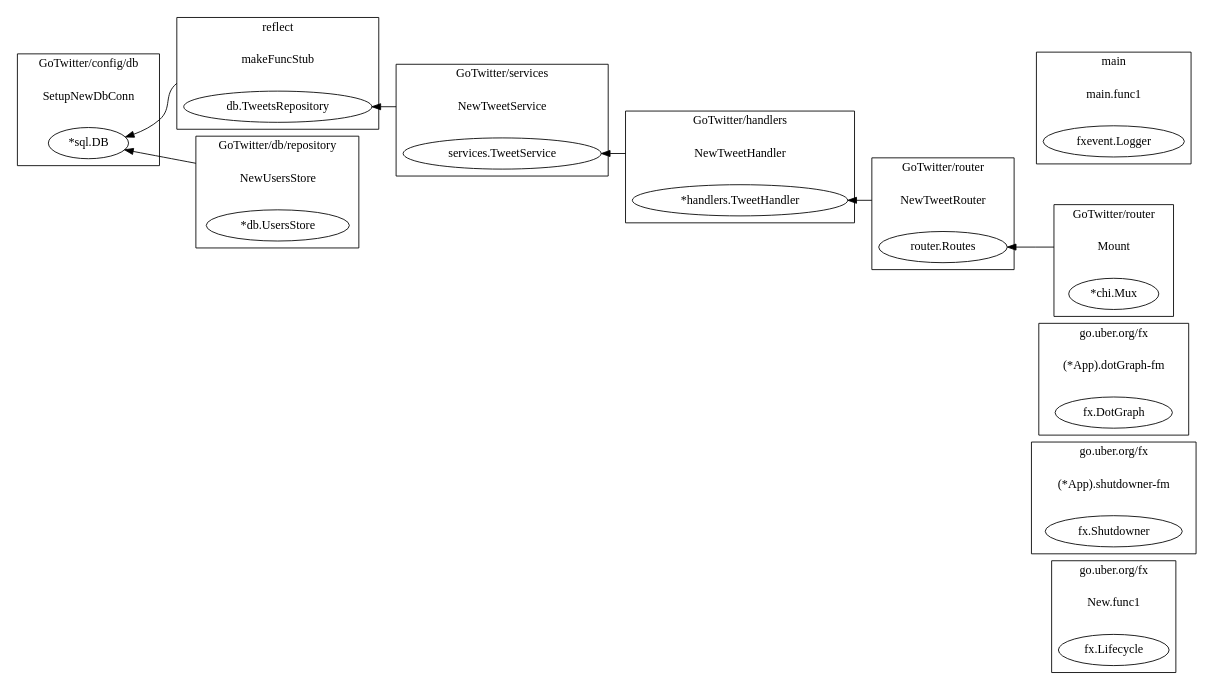
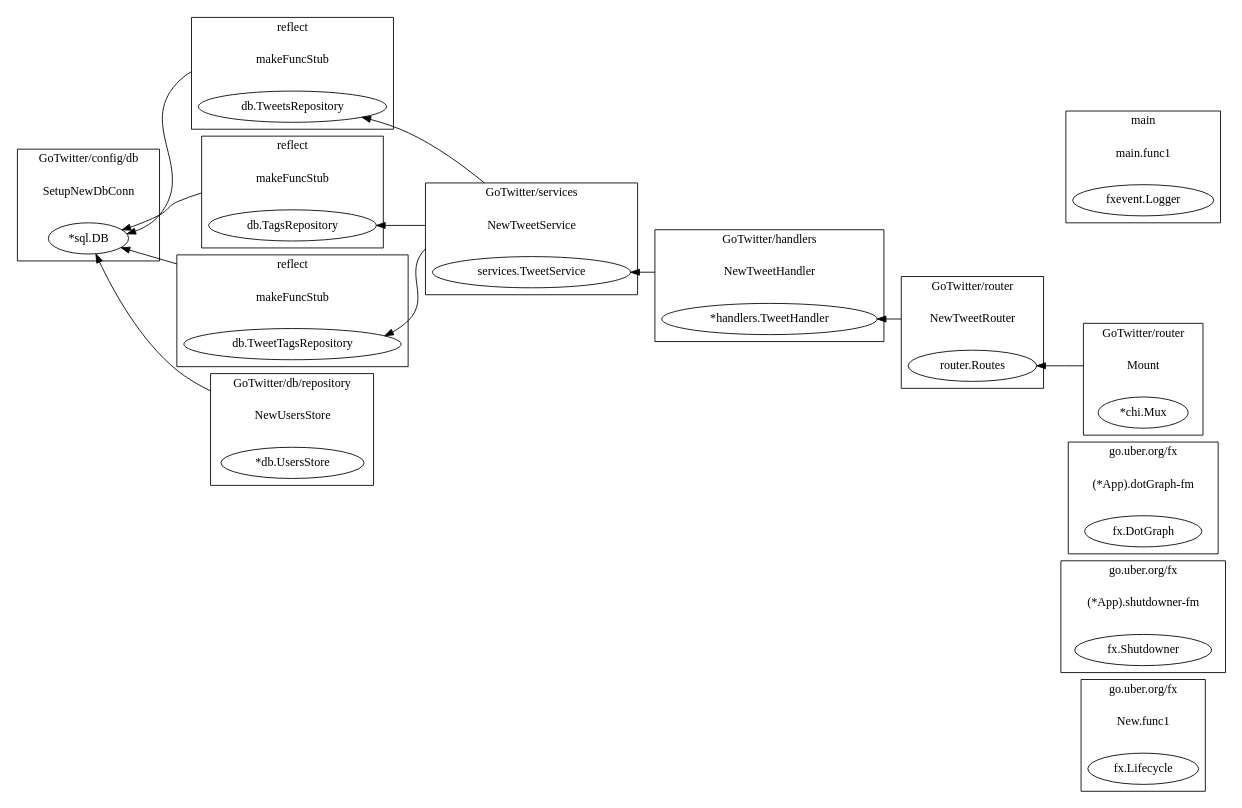
One commit to singhsanket143/GoTwitter changed the diagram in fx-graph.dot. Above: the diagram before and after it, drawn with Graphviz. The commit also changed 12 other files, not shown here.

```diff
--- a/fx-graph.dot
+++ b/fx-graph.dot
@@ -1,117 +1,143 @@
 digraph {
 	rankdir=RL;
 	graph [compound=true];
 	
 		subgraph cluster_0 {
 			label = "go.uber.org/fx";
 			constructor_0 [shape=plaintext label="New.func1"];
 			
 			"fx.Lifecycle" [label=<fx.Lifecycle>];
 			
 		}
 		
 		
 		subgraph cluster_1 {
 			label = "go.uber.org/fx";
 			constructor_1 [shape=plaintext label="(*App).shutdowner-fm"];
 			
 			"fx.Shutdowner" [label=<fx.Shutdowner>];
 			
 		}
 		
 		
 		subgraph cluster_2 {
 			label = "go.uber.org/fx";
 			constructor_2 [shape=plaintext label="(*App).dotGraph-fm"];
 			
 			"fx.DotGraph" [label=<fx.DotGraph>];
 			
 		}
 		
 		
 		subgraph cluster_3 {
 			label = "GoTwitter/config/db";
 			constructor_3 [shape=plaintext label="SetupNewDbConn"];
 			
 			"*sql.DB" [label=<*sql.DB>];
 			
 		}
 		
 		
 		subgraph cluster_4 {
 			label = "reflect";
 			constructor_4 [shape=plaintext label="makeFuncStub"];
 			
 			"db.TweetsRepository" [label=<db.TweetsRepository>];
 			
 		}
 		
 			constructor_4 -> "*sql.DB" [ltail=cluster_4];
 		
 		
 		subgraph cluster_5 {
-			label = "GoTwitter/db/repository";
-			constructor_5 [shape=plaintext label="NewUsersStore"];
+			label = "reflect";
+			constructor_5 [shape=plaintext label="makeFuncStub"];
 			
-			"*db.UsersStore" [label=<*db.UsersStore>];
+			"db.TagsRepository" [label=<db.TagsRepository>];
 			
 		}
 		
 			constructor_5 -> "*sql.DB" [ltail=cluster_5];
 		
 		
 		subgraph cluster_6 {
+			label = "reflect";
+			constructor_6 [shape=plaintext label="makeFuncStub"];
+			
+			"db.TweetTagsRepository" [label=<db.TweetTagsRepository>];
+			
+		}
+		
+			constructor_6 -> "*sql.DB" [ltail=cluster_6];
+		
+		
+		subgraph cluster_7 {
+			label = "GoTwitter/db/repository";
+			constructor_7 [shape=plaintext label="NewUsersStore"];
+			
+			"*db.UsersStore" [label=<*db.UsersStore>];
+			
+		}
+		
+			constructor_7 -> "*sql.DB" [ltail=cluster_7];
+		
+		
+		subgraph cluster_8 {
 			label = "GoTwitter/services";
-			constructor_6 [shape=plaintext label="NewTweetService"];
+			constructor_8 [shape=plaintext label="NewTweetService"];
 			
 			"services.TweetService" [label=<services.TweetService>];
 			
 		}
 		
-			constructor_6 -> "db.TweetsRepository" [ltail=cluster_6];
+			constructor_8 -> "db.TweetsRepository" [ltail=cluster_8];
+		
+			constructor_8 -> "db.TagsRepository" [ltail=cluster_8];
+		
+			constructor_8 -> "db.TweetTagsRepository" [ltail=cluster_8];
 		
 		
-		subgraph cluster_7 {
+		subgraph cluster_9 {
 			label = "GoTwitter/handlers";
-			constructor_7 [shape=plaintext label="NewTweetHandler"];
+			constructor_9 [shape=plaintext label="NewTweetHandler"];
 			
 			"*handlers.TweetHandler" [label=<*handlers.TweetHandler>];
 			
 		}
 		
-			constructor_7 -> "services.TweetService" [ltail=cluster_7];
+			constructor_9 -> "services.TweetService" [ltail=cluster_9];
 		
 		
-		subgraph cluster_8 {
+		subgraph cluster_10 {
 			label = "GoTwitter/router";
-			constructor_8 [shape=plaintext label="NewTweetRouter"];
+			constructor_10 [shape=plaintext label="NewTweetRouter"];
 			
 			"router.Routes" [label=<router.Routes>];
 			
 		}
 		
-			constructor_8 -> "*handlers.TweetHandler" [ltail=cluster_8];
+			constructor_10 -> "*handlers.TweetHandler" [ltail=cluster_10];
 		
 		
-		subgraph cluster_9 {
+		subgraph cluster_11 {
 			label = "GoTwitter/router";
-			constructor_9 [shape=plaintext label="Mount"];
+			constructor_11 [shape=plaintext label="Mount"];
 			
 			"*chi.Mux" [label=<*chi.Mux>];
 			
 		}
 		
-			constructor_9 -> "router.Routes" [ltail=cluster_9];
+			constructor_11 -> "router.Routes" [ltail=cluster_11];
 		
 		
-		subgraph cluster_10 {
+		subgraph cluster_12 {
 			label = "main";
-			constructor_10 [shape=plaintext label="main.func1"];
+			constructor_12 [shape=plaintext label="main.func1"];
 			
 			"fxevent.Logger" [label=<fxevent.Logger>];
 			
 		}
 		
 		
 	
 }
```
